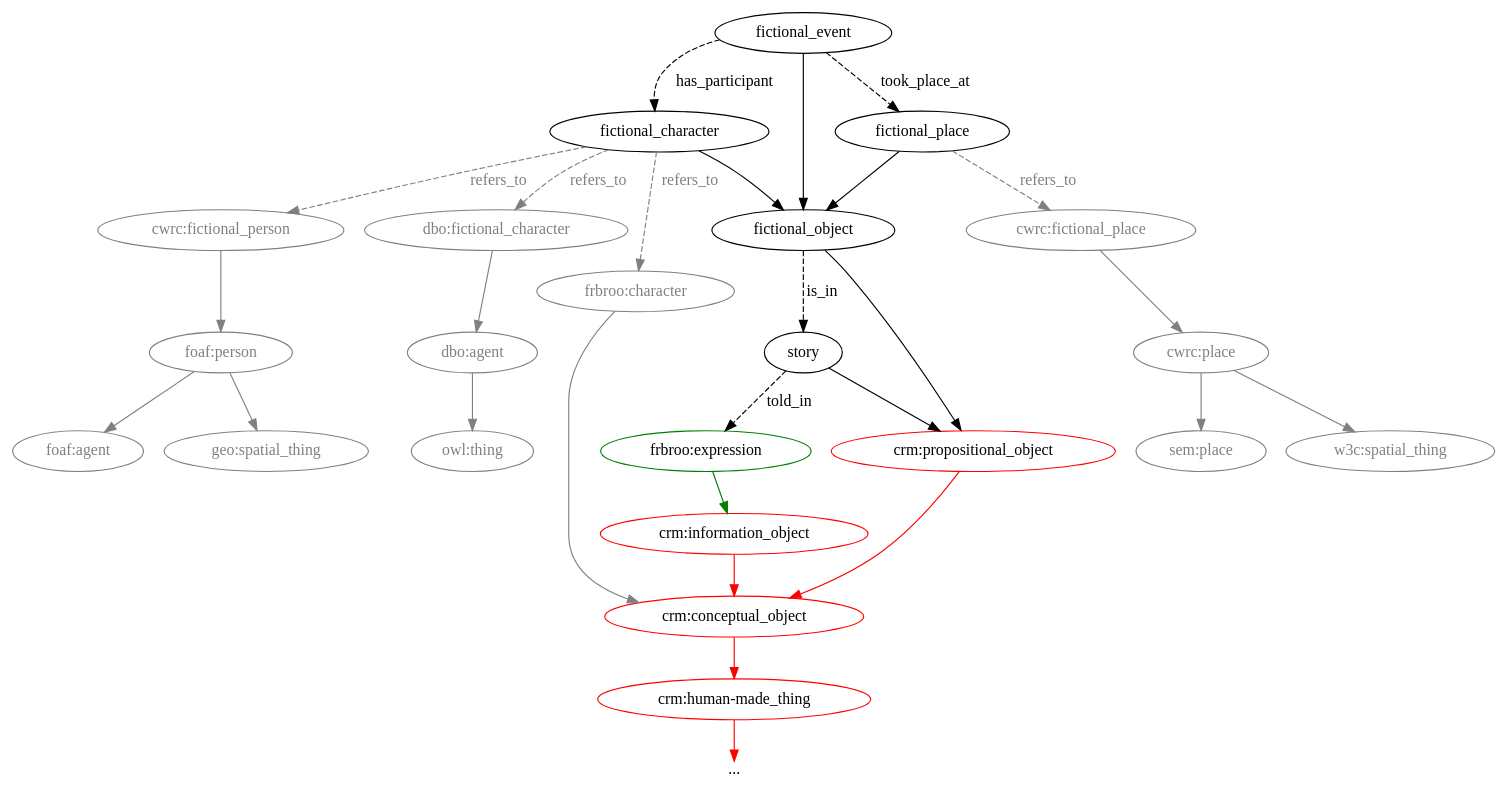
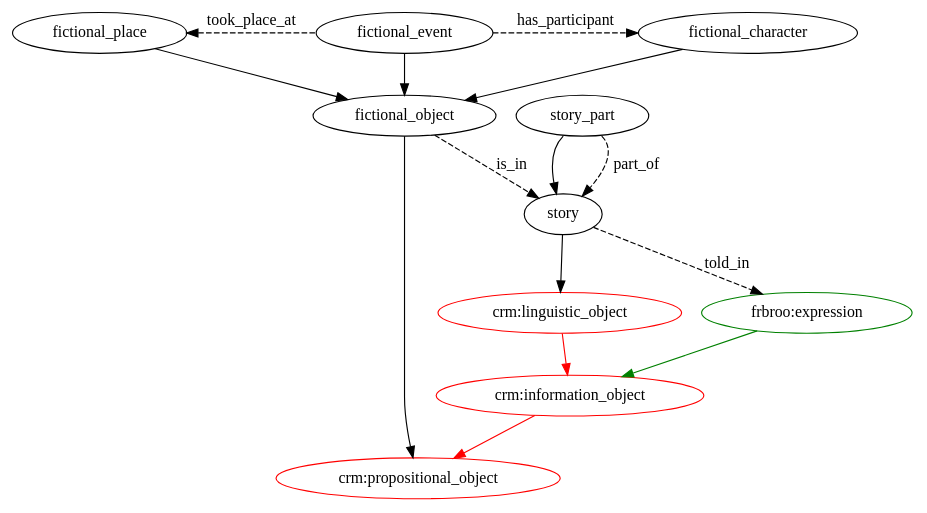
One commit to unil-ish/EMOTEL changed the diagram in doc/img/diagram_ontologie_fiction.dot. Above: the diagram before and after it, drawn with Graphviz. The commit also changed 5 other files, not shown here.

Commit message:
ajouté linguistic_object

```diff
--- a/doc/img/diagram_ontologie_fiction.dot
+++ b/doc/img/diagram_ontologie_fiction.dot
@@ -1,83 +1,45 @@
 digraph {
 
+    {rank=same; fictional_place; fictional_event; fictional_character}
+
     // cidoc-crm classes
-    _crm [label="..." color=red shape=plain]
-    human_made_thing [label="crm:human-made_thing"  color=red]
-    conceptual_object [label="crm:conceptual_object"  color=red]
     propositional_object [label="crm:propositional_object" color=red]
     information_object [label="crm:information_object"color=red]
+    linguistic_object [label="crm:linguistic_object"color=red]
 
     // cidoc-crm -is_a-> cidoc-crm
-    human_made_thing -> _crm [color=red]
-    conceptual_object -> human_made_thing  [color=red]
-    propositional_object -> conceptual_object [color=red]
-    information_object -> conceptual_object [color=red]
+    information_object -> propositional_object [color=red]
+    linguistic_object -> information_object [color=red]
 
     // frbroo
     expression [label="frbroo:expression" color=green]
     expression -> information_object [color=green]
-    frbroo_character [label="frbroo:character" color=grey fontcolor=grey]
-    frbroo_character -> conceptual_object [color=grey]
 
     // emotel classes
     story
+    story_part
     fictional_object
+    fictional_character
     fictional_event
-    fictional_character
     fictional_place
 
     // emotel -is_a-> crm
-    story -> propositional_object
+    story -> linguistic_object
     fictional_object -> propositional_object
 
     // emotel property frbroo
+    story_part:se -> story [style=dashed label="part_of"]
+    story_part:sw -> story
     story -> expression [style=dashed label="told_in"]
 
     // emotel -is_a-> emotel
     fictional_event -> fictional_object
     fictional_character -> fictional_object
     fictional_place -> fictional_object
 
     // emotel property emotel
-    fictional_event -> fictional_place [style=dashed label="took_place_at"]
+    fictional_place -> fictional_event [dir=back style=dashed label="took_place_at"]
     fictional_event -> fictional_character [style=dashed label="has_participant"]
     fictional_object -> story [style=dashed label="is_in"]
 
-    // cwrc
-    cwrc_fictional_person [label="cwrc:fictional_person" fontcolor=grey color=grey]
-    cwrc_fictional_place [label="cwrc:fictional_place" fontcolor=grey color=grey]
-    cwrc_place [label="cwrc:place" fontcolor=grey color=grey]
-    // cwrc -is_a-> cwrc
-    cwrc_fictional_place -> cwrc_place [color=grey]
-    // foaf
-    foaf_person [label="foaf:person" fontcolor=grey color=grey]
-    foaf_agent [label="foaf:agent" fontcolor=grey color=grey]
-    // geo
-    geo_spatial_thing [label="geo:spatial_thing" color=grey fontcolor=grey]
-    // cwrc -is_a-> foaf
-    cwrc_fictional_person -> foaf_person [color=grey]
-    foaf_person -> foaf_agent [color=grey]
-    foaf_person -> geo_spatial_thing  [color=grey]
-    // sem, w3
-    sem_place [label="sem:place" color=grey fontcolor=grey]
-    w3_spatial_thing [label="w3c:spatial_thing" color=grey fontcolor=grey]
-    // cwrc -is_a-> sem, w3
-    cwrc_place -> sem_place [color=grey]
-    cwrc_place -> w3_spatial_thing [color=grey]
-
-    // dbpedia
-    dbo_fictional_character [label="dbo:fictional_character" color=grey fontcolor=grey]
-    dbo_agent [label="dbo:agent" color=grey fontcolor=grey]
-    dbo_fictional_character -> dbo_agent [color=grey]
-    // owl
-    owl_thing [label="owl:thing" color=grey fontcolor=grey]
-    // dbpedia -is_a-> owl
-    dbo_agent -> owl_thing [color=grey]
-
-    // emotel -refers_to-> dbpedai, cwrc
-    fictional_character -> cwrc_fictional_person [style=dashed color=grey label="refers_to" fontcolor=grey]
-    fictional_character -> dbo_fictional_character [style=dashed color=grey label="refers_to" fontcolor=grey]
-    fictional_character -> frbroo_character [style=dashed color=grey fontcolor=grey label="refers_to"]
-    fictional_place -> cwrc_fictional_place [style=dashed color=grey fontcolor=grey label="refers_to"]
-
 }
```
